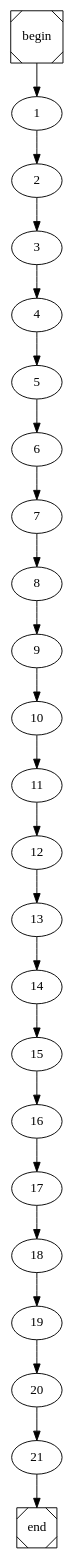
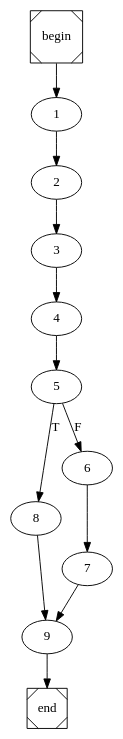
Before and after one commit to arubenruben/JMM-Compiler: the diagram in main.dot, drawn with Graphviz. The commit also changed 10 other files, not shown here.

```diff
--- a/main.dot
+++ b/main.dot
@@ -1,4 +1,4 @@
 digraph cfg {
 	begin [shape=Msquare];
 	end [shape=Msquare];
-	begin -> 1;	1 -> 2;	2 -> 3;	3 -> 4;	4 -> 5;	5 -> 6;	6 -> 7;	7 -> 8;	8 -> 9;	9 -> 10;	10 -> 11;	11 -> 12;	12 -> 13;	13 -> 14;	14 -> 15;	15 -> 16;	16 -> 17;	17 -> 18;	18 -> 19;	19 -> 20;	20 -> 21;	21 -> end;}
+	begin -> 1;	1 -> 2;	2 -> 3;	3 -> 4;	4 -> 5;	5 -> 8[label=T];	5 -> 6[label=F];	6 -> 7;	7 -> 9;	8 -> 9;	9 -> end;}
```
